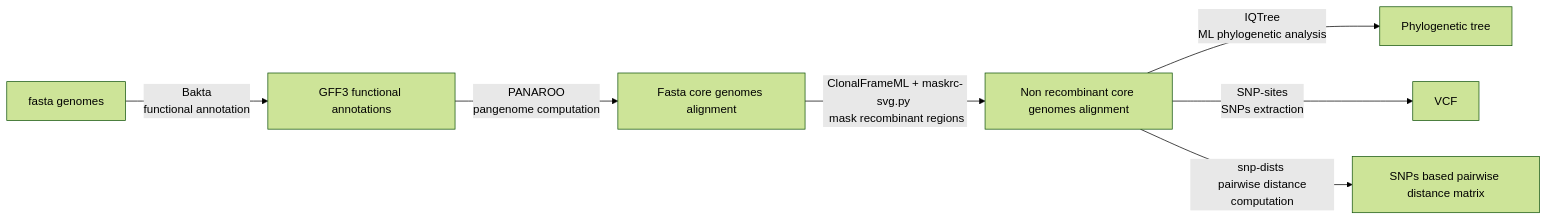
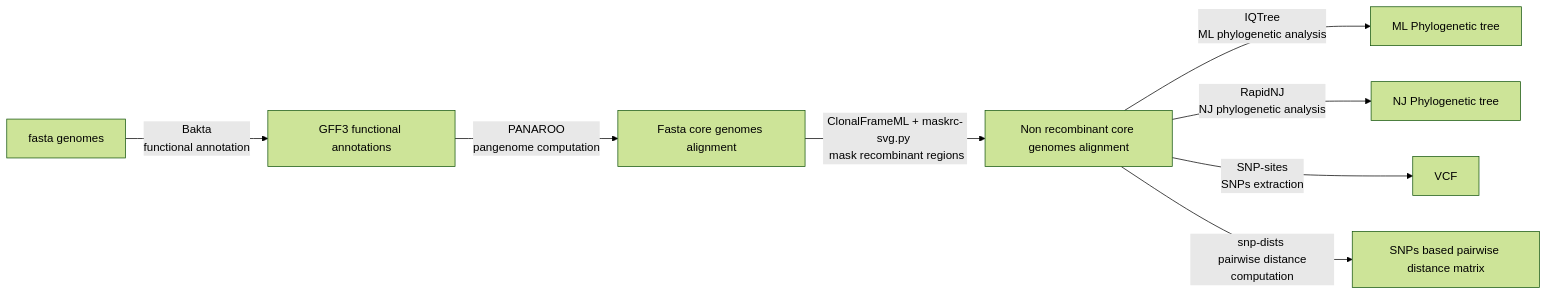
Before and after one commit to maxibor/corephylo: the diagram in README.md, drawn with Mermaid (forest theme). The commit also changed 6 other files, not shown here.

````diff
--- a/README.md
+++ b/README.md
@@ -7,9 +7,10 @@
 ```mermaid
 graph LR;
     A[fasta genomes] -->|Bakta <br> functional annotation | B[GFF3 functional annotations]
     B -->|PANAROO <br> pangenome computation| C[Fasta core genomes alignment]
     C -->|ClonalFrameML + maskrc-svg.py <br> mask recombinant regions| D[Non recombinant core genomes alignment]
-    D -->|IQTree <br> ML phylogenetic analysis| E[Phylogenetic tree]
-    D -->|SNP-sites <br> SNPs extraction| F[VCF]
-    D -->|snp-dists <br> pairwise distance computation| G[SNPs based pairwise distance matrix]
+    D -->|IQTree <br> ML phylogenetic analysis| E[ML Phylogenetic tree]
+    D -->|RapidNJ <br> NJ phylogenetic analysis| F[NJ Phylogenetic tree]
+    D -->|SNP-sites <br> SNPs extraction| G[VCF]
+    D -->|snp-dists <br> pairwise distance computation| H[SNPs based pairwise distance matrix]
 ```
````
